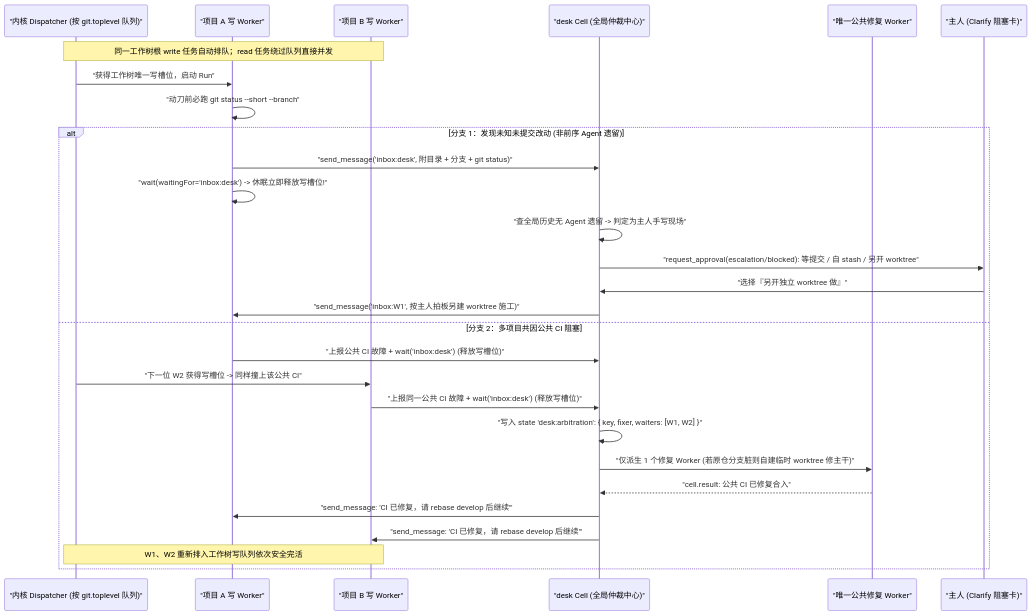
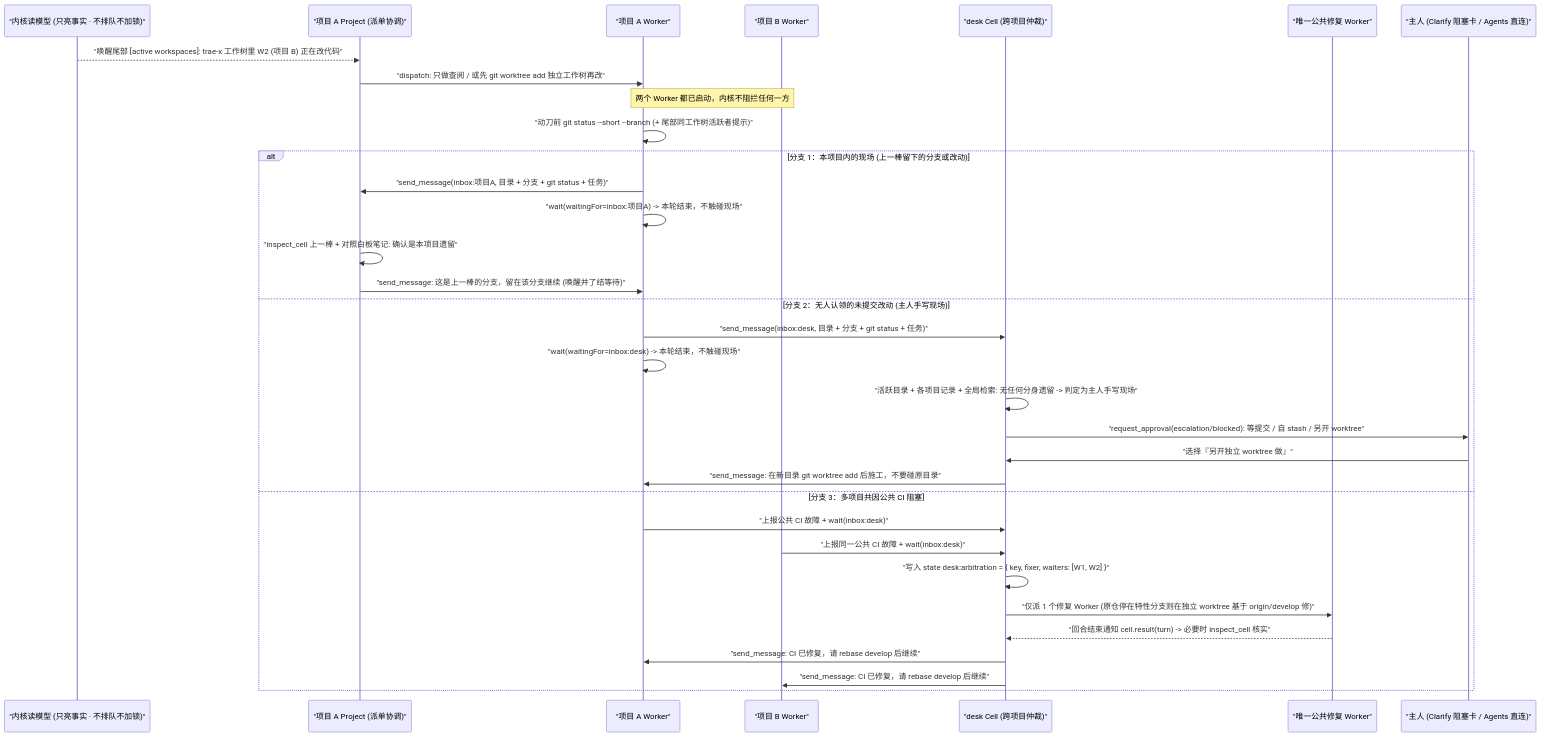
One commit to project-aoi/ng-agents changed the diagram in docs/02-workflows/uc05-workspace-concurrency-and-arbitration.md. Above: the diagram before and after it, drawn with Mermaid. The commit also changed other lines of this file and 188 other files, not shown here.

First line of the commit message:
feat: conversational desk, wakeable workers with pull handoff, Agents view, and the 2026-11-18 bug round

````diff
--- a/docs/02-workflows/uc05-workspace-concurrency-and-arbitration.md
+++ b/docs/02-workflows/uc05-workspace-concurrency-and-arbitration.md
@@ -23,32 +23,37 @@
 ```mermaid
 sequenceDiagram
-    participant Disp as "内核 Dispatcher (按 git.toplevel 队列)"
-    participant W1 as "项目 A 写 Worker"
-    participant W2 as "项目 B 写 Worker"
-    participant Desk as "desk Cell (全局仲裁中心)"
+    participant K as "内核读模型 (只亮事实 · 不排队不加锁)"
+    participant P as "项目 A Project (派单协调)"
+    participant W1 as "项目 A Worker"
+    participant W2 as "项目 B Worker"
+    participant Desk as "desk Cell (跨项目仲裁)"
     participant Fixer as "唯一公共修复 Worker"
-    participant Owner as "主人 (Clarify 阻塞卡)"
+    participant Owner as "主人 (Clarify 阻塞卡 / Agents 直连)"
 
-    Note over Disp,W2: 同一工作树根 write 任务自动排队；read 任务绕过队列直接并发
-    Disp->>W1: "获得工作树唯一写槽位，启动 Run"
-    W1->>W1: "动刀前必跑 git status --short --branch"
+    K-->>P: "唤醒尾部 [active workspaces]: trae-x 工作树里 W2 (项目 B) 正在改代码"
+    P->>W1: "dispatch: 只做查阅 / 或先 git worktree add 独立工作树再改"
+    Note over W1,W2: 两个 Worker 都已启动，内核不阻拦任何一方
+    W1->>W1: "动刀前 git status --short --branch (+ 尾部同工作树活跃者提示)"
 
-    alt 分支 1：发现未知未提交改动 (非前序 Agent 遗留)
-        W1->>Desk: "send_message('inbox:desk', 附目录 + 分支 + git status)"
-        W1->>W1: "wait(waitingFor='inbox:desk') -> 休眠立即释放写槽位!"
-        Desk->>Desk: "查全局历史无 Agent 遗留 -> 判定为主人手写现场"
+    alt 分支 1：本项目内的现场 (上一棒留下的分支或改动)
+        W1->>P: "send_message(inbox:项目A, 目录 + 分支 + git status + 任务)"
+        W1->>W1: "wait(waitingFor=inbox:项目A) -> 本轮结束，不触碰现场"
+        P->>P: "inspect_cell 上一棒 + 对照白板笔记: 确认是本项目遗留"
+        P->>W1: "send_message: 这是上一棒的分支，留在该分支继续 (唤醒并了结等待)"
+    else 分支 2：无人认领的未提交改动 (主人手写现场)
+        W1->>Desk: "send_message(inbox:desk, 目录 + 分支 + git status + 任务)"
+        W1->>W1: "wait(waitingFor=inbox:desk) -> 本轮结束，不触碰现场"
+        Desk->>Desk: "活跃目录 + 各项目记录 + 全局检索: 无任何分身遗留 -> 判定为主人手写现场"
         Desk->>Owner: "request_approval(escalation/blocked): 等提交 / 自 stash / 另开 worktree"
         Owner->>Desk: "选择『另开独立 worktree 做』"
-        Desk->>W1: "send_message('inbox:W1', 按主人拍板另建 worktree 施工)"
-    else 分支 2：多项目共因公共 CI 阻塞
-        W1->>Desk: "上报公共 CI 故障 + wait('inbox:desk') (释放写槽位)"
-        Disp->>W2: "下一位 W2 获得写槽位 -> 同样撞上该公共 CI"
-        W2->>Desk: "上报同一公共 CI 故障 + wait('inbox:desk') (释放写槽位)"
-        Desk->>Desk: "写入 state 'desk:arbitration': { key, fixer, waiters: [W1, W2] }"
-        Desk->>Fixer: "仅派生 1 个修复 Worker (若原仓分支脏则自建临时 worktree 修主干)"
-        Fixer-->>Desk: "cell.result: 公共 CI 已修复合入"
-        Desk->>W1: "send_message: 'CI 已修复，请 rebase develop 后继续'"
-        Desk->>W2: "send_message: 'CI 已修复，请 rebase develop 后继续'"
-        Note over Disp,W2: W1、W2 重新排入工作树写队列依次安全完活
+        Desk->>W1: "send_message: 在新目录 git worktree add 后施工，不要碰原目录"
+    else 分支 3：多项目共因公共 CI 阻塞
+        W1->>Desk: "上报公共 CI 故障 + wait(inbox:desk)"
+        W2->>Desk: "上报同一公共 CI 故障 + wait(inbox:desk)"
+        Desk->>Desk: "写入 state desk:arbitration = { key, fixer, waiters: [W1, W2] }"
+        Desk->>Fixer: "仅派 1 个修复 Worker (原仓停在特性分支则在独立 worktree 基于 origin/develop 修)"
+        Fixer-->>Desk: "回合结束通知 cell.result(turn) -> 必要时 inspect_cell 核实"
+        Desk->>W1: "send_message: CI 已修复，请 rebase develop 后继续"
+        Desk->>W2: "send_message: CI 已修复，请 rebase develop 后继续"
     end
 ```
````
